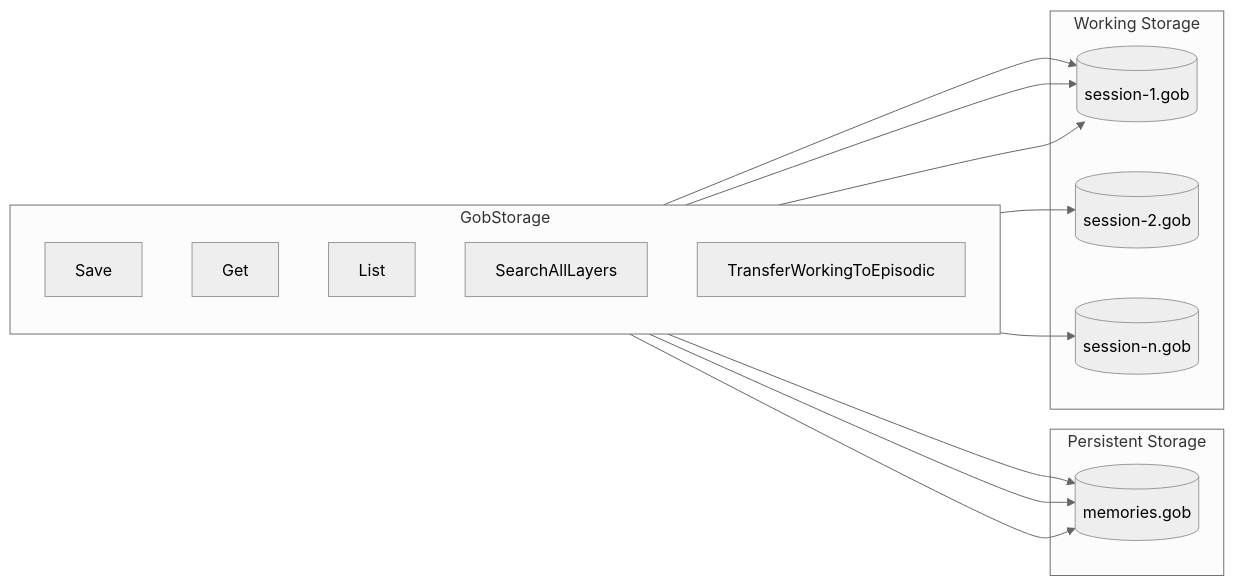
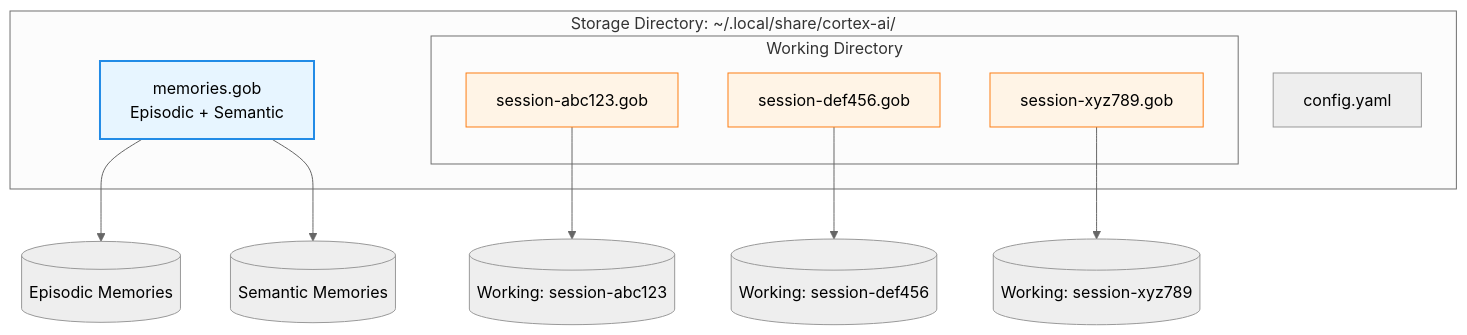
One commit to fmatsos/cortex changed diagram 13 of 16 in docs/ARCHITECTURE.md. Above: the diagram before and after it, drawn with Mermaid (neutral theme). The commit also changed other lines of this file and 5 other files, not shown here.

First line of the commit message:
docs: comprehensive documentation update with MermaidJS diagrams (#16)

````diff
--- a/docs/ARCHITECTURE.md
+++ b/docs/ARCHITECTURE.md
@@ -45,28 +551,26 @@
 ```mermaid
-graph LR
-    subgraph "GobStorage"
-        direction TB
-        SAVE[Save]
-        GET[Get]
-        LIST[List]
-        SEARCH[SearchAllLayers]
-        TRANSFER[TransferWorkingToEpisodic]
+graph TB
+    subgraph "Storage Directory: ~/.local/share/cortex-ai/"
+        Main[memories.gob<br/>Episodic + Semantic]
+
+        subgraph "Working Directory"
+            W1[session-abc123.gob]
+            W2[session-def456.gob]
+            WN[session-xyz789.gob]
+        end
+
+        Config[config.yaml]
     end
 
-    subgraph "Persistent Storage"
-        PERS[(memories.gob)]
-    end
+    Main --> Episodic[(Episodic Memories)]
+    Main --> Semantic[(Semantic Memories)]
 
-    subgraph "Working Storage"
-        W1[(session-1.gob)]
-        W2[(session-2.gob)]
-        W3[(session-n.gob)]
-    end
+    W1 --> Working1[(Working: session-abc123)]
+    W2 --> Working2[(Working: session-def456)]
+    WN --> WorkingN[(Working: session-xyz789)]
 
-    SAVE --> PERS
-    SAVE --> W1
-    SEARCH --> PERS
-    SEARCH --> W1 & W2 & W3
-    TRANSFER --> W1
-    TRANSFER --> PERS
+    style Main fill:#e7f5ff,stroke:#228be6,stroke-width:2px
+    style W1 fill:#fff4e6,stroke:#fd7e14
+    style W2 fill:#fff4e6,stroke:#fd7e14
+    style WN fill:#fff4e6,stroke:#fd7e14
 ```
````
